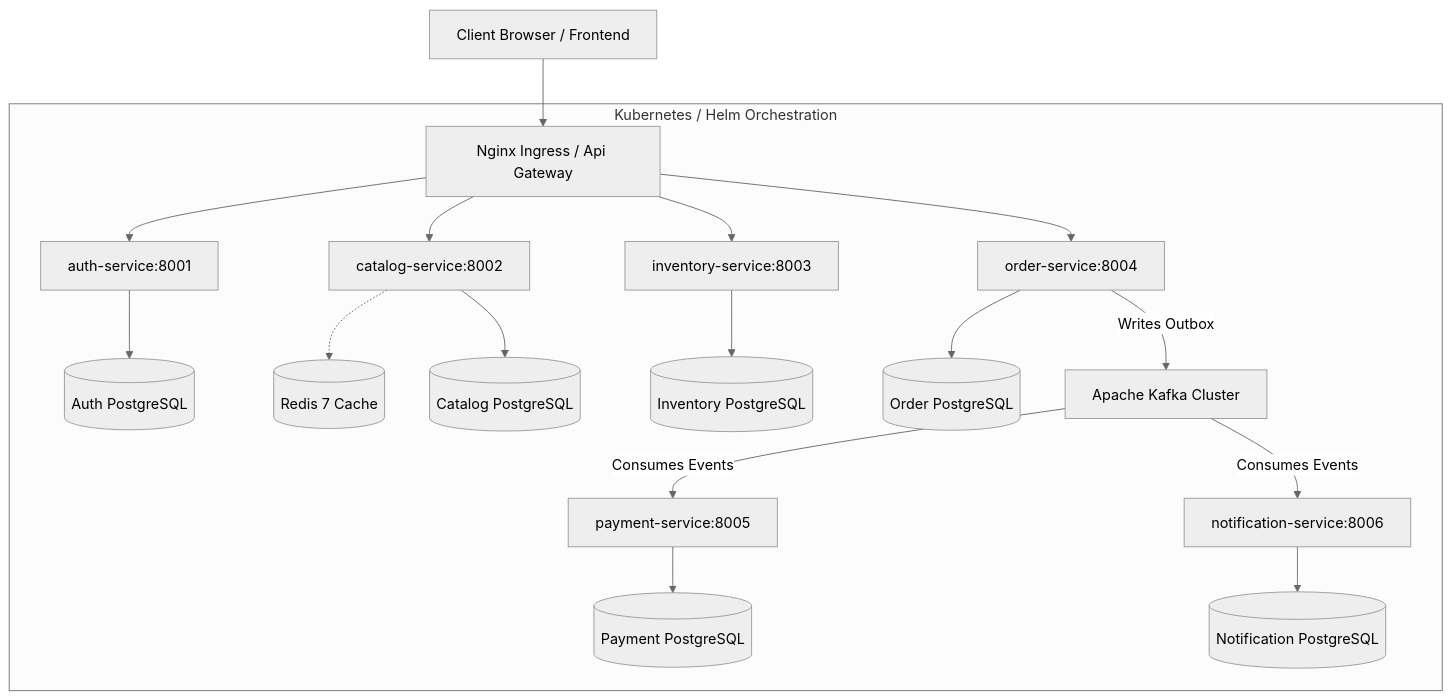
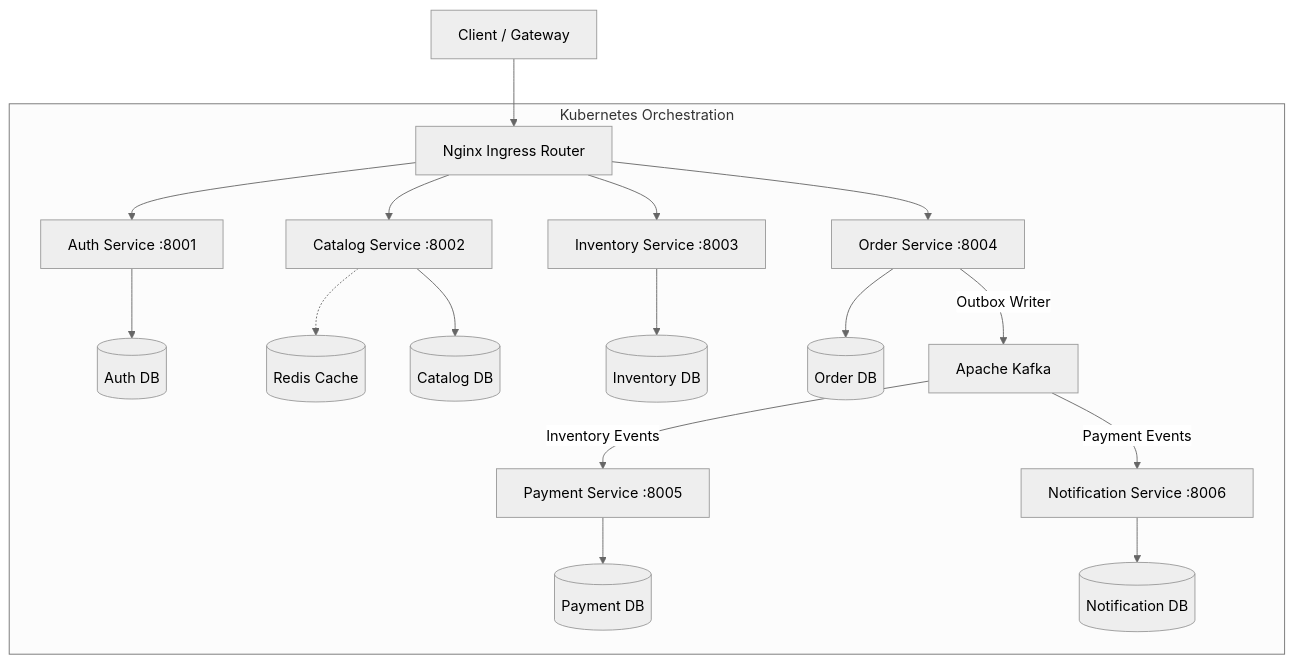
Before and after one commit to yashaskn8/cloudscale-commerce: the diagram in README.md, drawn with Mermaid (neutral theme). The commit also changed other lines of this file and 1 other file, not shown here.

````diff
--- a/README.md
+++ b/README.md
@@ -19,27 +15,25 @@
 ```mermaid
 graph TD
-    Client[Client Browser / Frontend] --> Ingress[Nginx Ingress / Api Gateway]
+    Client[Client / Gateway] --> Ingress[Nginx Ingress Router]
     
-    subgraph K8s [Kubernetes / Helm Orchestration]
-        Ingress --> Auth[auth-service:8001]
-        Ingress --> Catalog[catalog-service:8002]
-        Ingress --> Inventory[inventory-service:8003]
-        Ingress --> Order[order-service:8004]
+    subgraph K8s [Kubernetes Orchestration]
+        Ingress --> Auth[Auth Service :8001]
+        Ingress --> Catalog[Catalog Service :8002]
+        Ingress --> Inventory[Inventory Service :8003]
+        Ingress --> Order[Order Service :8004]
         
-        Catalog -.-> Redis[(Redis 7 Cache)]
+        Catalog -.-> Redis[(Redis Cache)]
         
-        %% Database Layer
-        Auth --> AuthDB[(Auth PostgreSQL)]
-        Catalog --> CatalogDB[(Catalog PostgreSQL)]
-        Inventory --> InvDB[(Inventory PostgreSQL)]
-        Order --> OrderDB[(Order PostgreSQL)]
+        Auth --> AuthDB[(Auth DB)]
+        Catalog --> CatalogDB[(Catalog DB)]
+        Inventory --> InvDB[(Inventory DB)]
+        Order --> OrderDB[(Order DB)]
         
-        %% Event Stream
-        Order -- Writes Outbox --> Kafka[Apache Kafka Cluster]
-        Kafka -- Consumes Events --> Payment[payment-service:8005]
-        Kafka -- Consumes Events --> Notification[notification-service:8006]
+        Order -- Outbox Writer --> Kafka[Apache Kafka]
+        Kafka -- Inventory Events --> Payment[Payment Service :8005]
+        Kafka -- Payment Events --> Notification[Notification Service :8006]
         
-        Payment --> PayDB[(Payment PostgreSQL)]
-        Notification --> NotifDB[(Notification PostgreSQL)]
+        Payment --> PayDB[(Payment DB)]
+        Notification --> NotifDB[(Notification DB)]
     end
 ```
````
